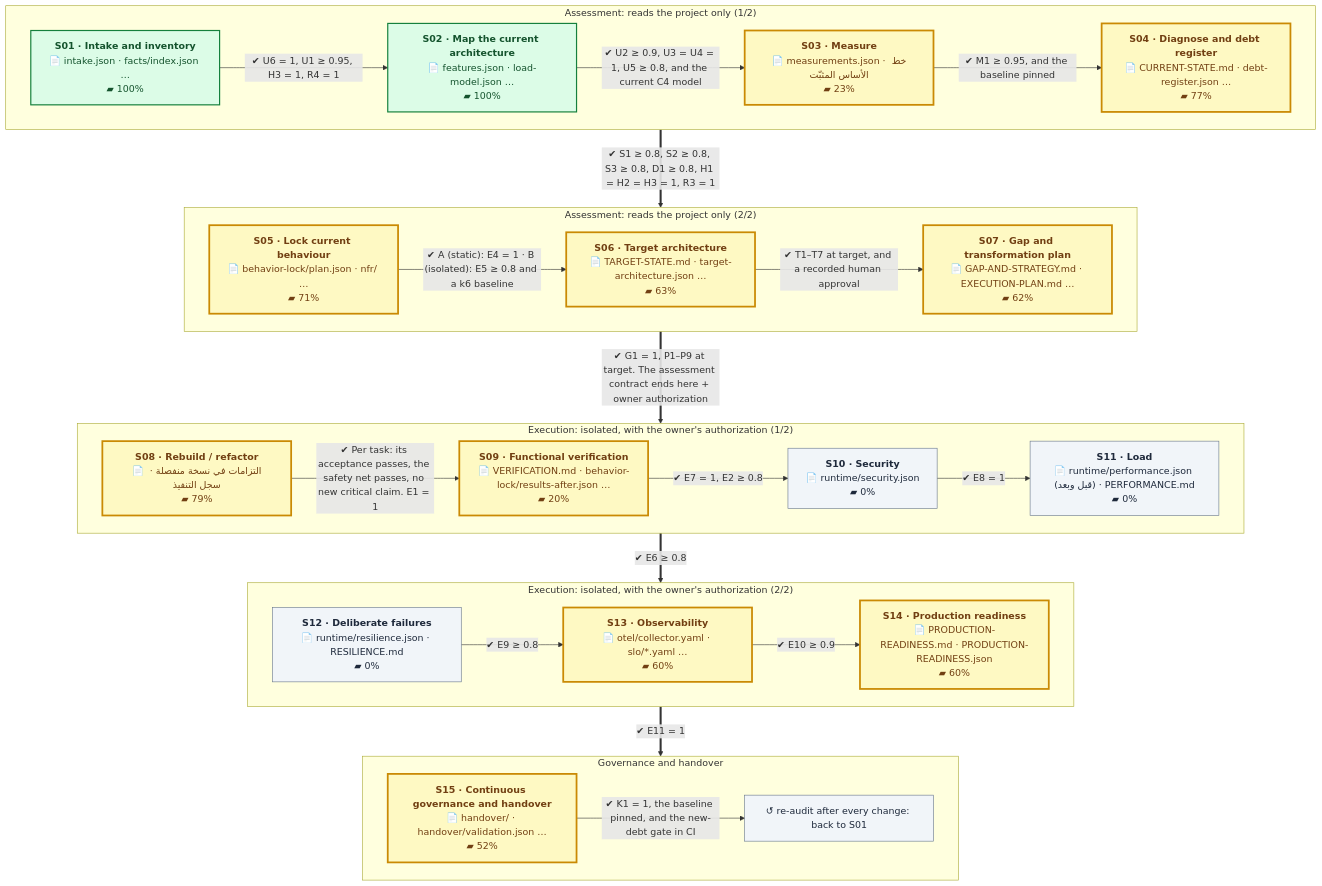
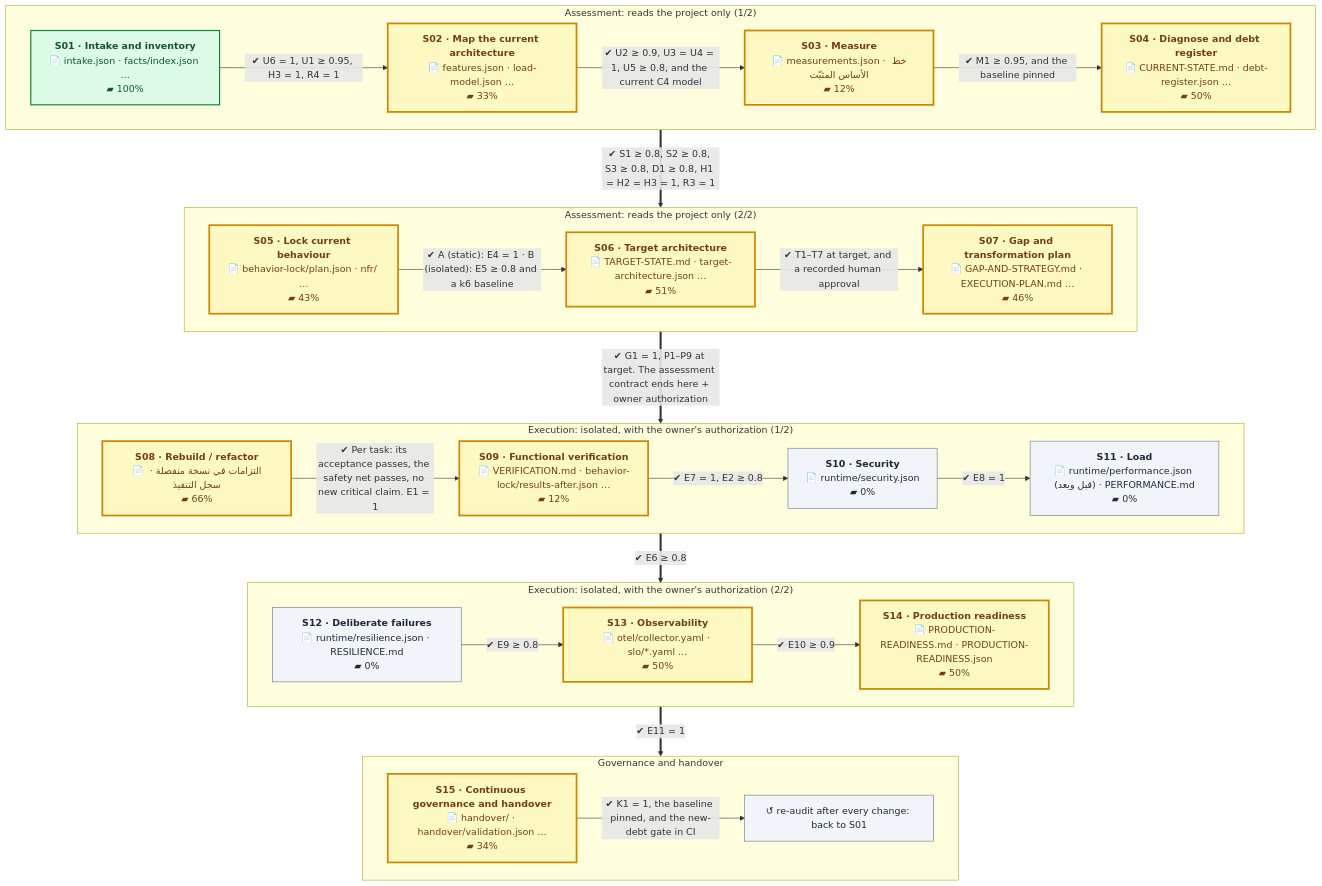
Before and after one commit to eom1417/engineering-audit-os: the first of 2 diagrams in README.en.md, drawn with Mermaid. The commit also changed other lines of this file and 3 other files, not shown here.

````diff
--- a/README.en.md
+++ b/README.en.md
@@ -52,54 +52,54 @@
 ```mermaid
 %%{init: {'flowchart': {'wrappingWidth': 260, 'nodeSpacing': 40, 'rankSpacing': 60}}}%%
 flowchart TB
     subgraph P1["Assessment: reads the project only (1/2)"]
         direction LR
         S01["<b>S01 · Intake and inventory</b><br/>📄 intake.json · facts/index.json …<br/>▰ 100%"]:::done
-        S02["<b>S02 · Map the current architecture</b><br/>📄 features.json · load-model.json …<br/>▰ 100%"]:::done
-        S03["<b>S03 · Measure</b><br/>📄 measurements.json · خط الأساس المثبّت<br/>▰ 23%"]:::current
-        S04["<b>S04 · Diagnose and debt register</b><br/>📄 CURRENT-STATE.md · debt-register.json …<br/>▰ 77%"]:::current
+        S02["<b>S02 · Map the current architecture</b><br/>📄 features.json · load-model.json …<br/>▰ 33%"]:::current
+        S03["<b>S03 · Measure</b><br/>📄 measurements.json · خط الأساس المثبّت<br/>▰ 12%"]:::current
+        S04["<b>S04 · Diagnose and debt register</b><br/>📄 CURRENT-STATE.md · debt-register.json …<br/>▰ 50%"]:::current
         S01 -->|"✔ U6 = 1, U1 ≥ 0.95, H3 = 1, R4 = 1"| S02
         S02 -->|"✔ U2 ≥ 0.9, U3 = U4 = 1, U5 ≥ 0.8, and the current C4 model"| S03
         S03 -->|"✔ M1 ≥ 0.95, and the baseline pinned"| S04
     end
     subgraph P2["Assessment: reads the project only (2/2)"]
         direction LR
-        S05["<b>S05 · Lock current behaviour</b><br/>📄 behavior-lock/plan.json · nfr/ …<br/>▰ 71%"]:::current
-        S06["<b>S06 · Target architecture</b><br/>📄 TARGET-STATE.md · target-architecture.json …<br/>▰ 63%"]:::current
-        S07["<b>S07 · Gap and transformation plan</b><br/>📄 GAP-AND-STRATEGY.md · EXECUTION-PLAN.md …<br/>▰ 62%"]:::current
+        S05["<b>S05 · Lock current behaviour</b><br/>📄 behavior-lock/plan.json · nfr/ …<br/>▰ 43%"]:::current
+        S06["<b>S06 · Target architecture</b><br/>📄 TARGET-STATE.md · target-architecture.json …<br/>▰ 51%"]:::current
+        S07["<b>S07 · Gap and transformation plan</b><br/>📄 GAP-AND-STRATEGY.md · EXECUTION-PLAN.md …<br/>▰ 46%"]:::current
         S05 -->|"✔ A (static): E4 = 1 · B (isolated): E5 ≥ 0.8 and a k6 baseline"| S06
         S06 -->|"✔ T1–T7 at target, and a recorded human approval"| S07
     end
     subgraph P3["Execution: isolated, with the owner's authorization (1/2)"]
         direction LR
-        S08["<b>S08 · Rebuild / refactor</b><br/>📄 التزامات في نسخة منفصلة · سجل التنفيذ<br/>▰ 79%"]:::current
-        S09["<b>S09 · Functional verification</b><br/>📄 VERIFICATION.md · behavior-lock/results-after.json …<br/>▰ 20%"]:::current
+        S08["<b>S08 · Rebuild / refactor</b><br/>📄 التزامات في نسخة منفصلة · سجل التنفيذ<br/>▰ 66%"]:::current
+        S09["<b>S09 · Functional verification</b><br/>📄 VERIFICATION.md · behavior-lock/results-after.json …<br/>▰ 12%"]:::current
         S10["<b>S10 · Security</b><br/>📄 runtime/security.json<br/>▰ 0%"]:::next
         S11["<b>S11 · Load</b><br/>📄 runtime/performance.json (قبل وبعد) · PERFORMANCE.md<br/>▰ 0%"]:::next
         S08 -->|"✔ Per task: its acceptance passes, the safety net passes, no new critical claim. E1 = 1"| S09
         S09 -->|"✔ E7 = 1, E2 ≥ 0.8"| S10
         S10 -->|"✔ E8 = 1"| S11
     end
     subgraph P4["Execution: isolated, with the owner's authorization (2/2)"]
         direction LR
         S12["<b>S12 · Deliberate failures</b><br/>📄 runtime/resilience.json · RESILIENCE.md<br/>▰ 0%"]:::next
-        S13["<b>S13 · Observability</b><br/>📄 otel/collector.yaml · slo/*.yaml …<br/>▰ 60%"]:::current
-        S14["<b>S14 · Production readiness</b><br/>📄 PRODUCTION-READINESS.md · PRODUCTION-READINESS.json<br/>▰ 60%"]:::current
+        S13["<b>S13 · Observability</b><br/>📄 otel/collector.yaml · slo/*.yaml …<br/>▰ 50%"]:::current
+        S14["<b>S14 · Production readiness</b><br/>📄 PRODUCTION-READINESS.md · PRODUCTION-READINESS.json<br/>▰ 50%"]:::current
         S12 -->|"✔ E9 ≥ 0.8"| S13
         S13 -->|"✔ E10 ≥ 0.9"| S14
     end
     subgraph P5["Governance and handover"]
         direction LR
-        S15["<b>S15 · Continuous governance and handover</b><br/>📄 handover/ · handover/validation.json …<br/>▰ 52%"]:::current
+        S15["<b>S15 · Continuous governance and handover</b><br/>📄 handover/ · handover/validation.json …<br/>▰ 34%"]:::current
         LOOP["↺ re-audit after every change: back to S01"]:::next
         S15 -->|"✔ K1 = 1, the baseline pinned, and the new-debt gate in CI"| LOOP
     end
     P1 ==>|"✔ S1 ≥ 0.8, S2 ≥ 0.8, S3 ≥ 0.8, D1 ≥ 0.8, H1 = H2 = H3 = 1, R3 = 1"| P2
     P2 ==>|"✔ G1 = 1, P1–P9 at target. The assessment contract ends here + owner authorization"| P3
     P3 ==>|"✔ E6 ≥ 0.8"| P4
     P4 ==>|"✔ E11 = 1"| P5
     classDef done fill:#dcfce7,stroke:#15803d,color:#14532d,stroke-width:2px
     classDef current fill:#fef9c3,stroke:#ca8a04,color:#713f12,stroke-width:3px
     classDef next fill:#f1f5f9,stroke:#64748b,color:#1e293b
     classDef owner fill:#fee2e2,stroke:#b91c1c,color:#7f1d1d,stroke-dasharray:5 3
 ```
````
